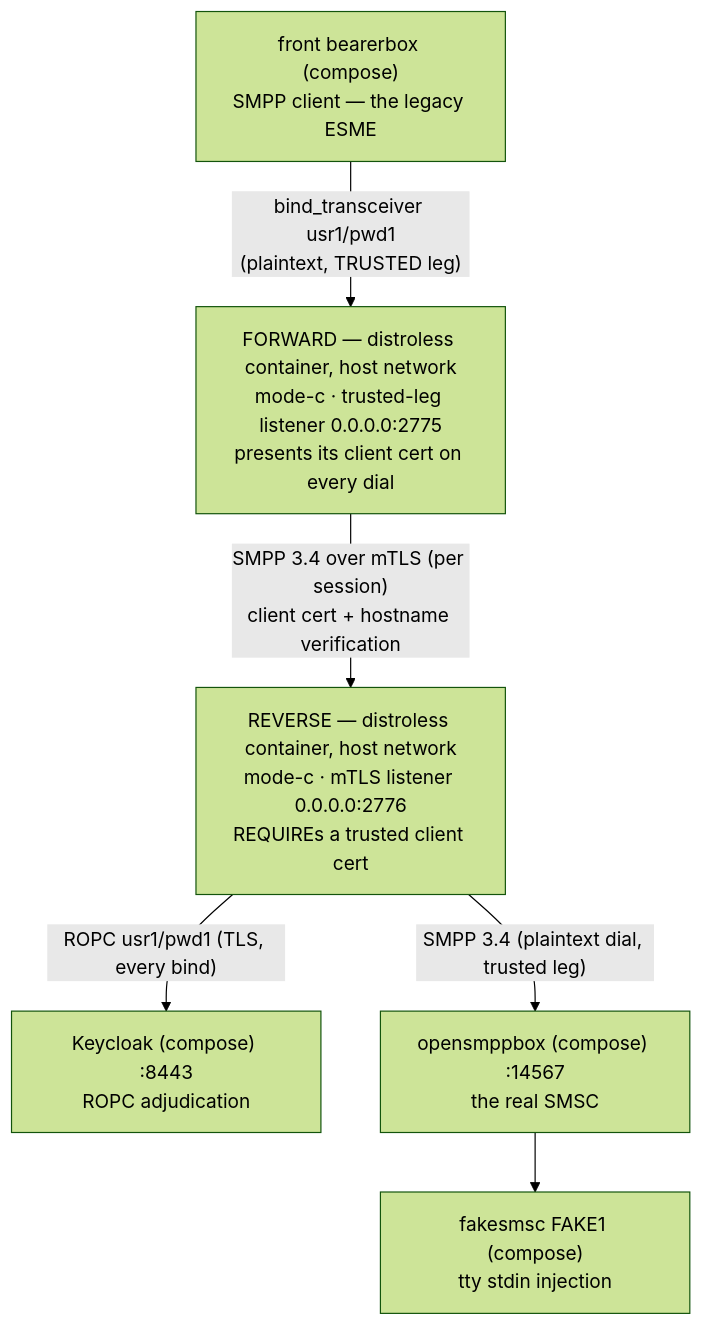
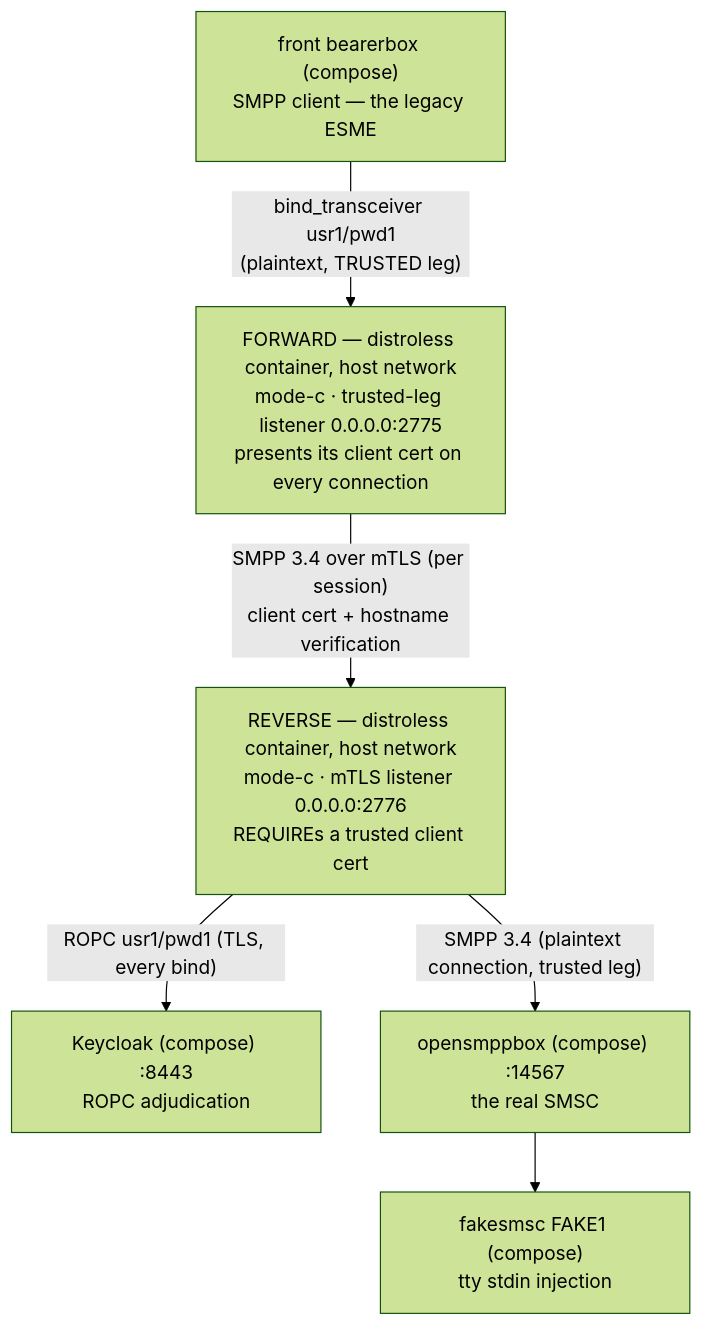
One commit to ildarsharafutdinov/smpp-companions changed the diagram in sandbox/runbooks/forward-reverse-mode-c.md. Above: the diagram before and after it, drawn with Mermaid (forest theme). The commit also changed other lines of this file and 10 other files, not shown here.

````diff
--- a/sandbox/runbooks/forward-reverse-mode-c.md
+++ b/sandbox/runbooks/forward-reverse-mode-c.md
@@ -40,15 +27,15 @@
 ```mermaid
 flowchart TD
     fbearer["front bearerbox (compose)<br/>SMPP client — the legacy ESME"]
-    fwd["FORWARD — distroless container, host network<br/>mode-c · trusted-leg listener 0.0.0.0:2775<br/>presents its client cert on every dial"]
+    fwd["FORWARD — distroless container, host network<br/>mode-c · trusted-leg listener 0.0.0.0:2775<br/>presents its client cert on every connection"]
     rev["REVERSE — distroless container, host network<br/>mode-c · mTLS listener 0.0.0.0:2776<br/>REQUIREs a trusted client cert"]
     keycloak["Keycloak (compose) :8443<br/>ROPC adjudication"]
     osmpp["opensmppbox (compose) :14567<br/>the real SMSC"]
     fake["fakesmsc FAKE1 (compose)<br/>tty stdin injection"]
 
     fbearer -- "bind_transceiver usr1/pwd1<br/>(plaintext, TRUSTED leg)" --> fwd
     fwd -- "SMPP 3.4 over mTLS (per session)<br/>client cert + hostname verification" --> rev
     rev -- "ROPC usr1/pwd1 (TLS, every bind)" --> keycloak
-    rev -- "SMPP 3.4 (plaintext dial, trusted leg)" --> osmpp
+    rev -- "SMPP 3.4 (plaintext connection, trusted leg)" --> osmpp
     osmpp --> fake
 ```
````
